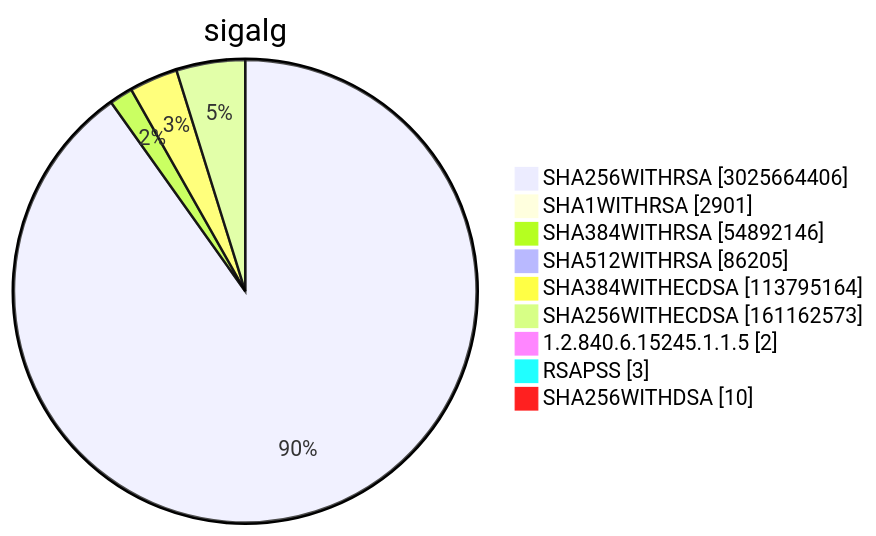
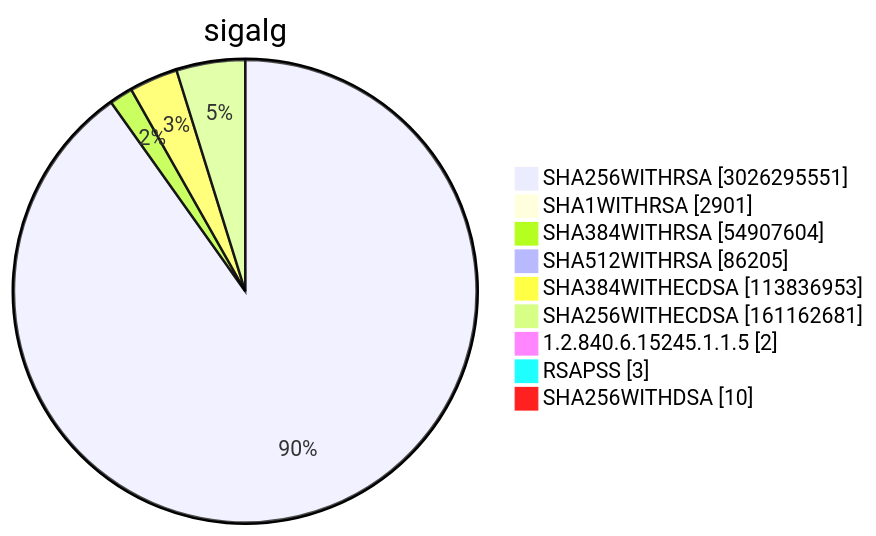
Diagram 15 of 15 in TOTAL/README.md (christiankrug/ctmonitor_visualization), drawn with Mermaid before and after one commit. The commit also changed other lines of this file, not shown here.

````diff
--- a/TOTAL/README.md
+++ b/TOTAL/README.md
@@ -6208,13 +6208,13 @@
 ```mermaid
 pie showData
 title sigalg
-"SHA256WITHRSA" :3025664406
+"SHA256WITHRSA" :3026295551
 "SHA1WITHRSA" :2901
-"SHA384WITHRSA" :54892146
+"SHA384WITHRSA" :54907604
 "SHA512WITHRSA" :86205
-"SHA384WITHECDSA" :113795164
-"SHA256WITHECDSA" :161162573
+"SHA384WITHECDSA" :113836953
+"SHA256WITHECDSA" :161162681
 "1.2.840.6.15245.1.1.5" :2
 "RSAPSS" :3
 "SHA256WITHDSA" :10
 ```
````
